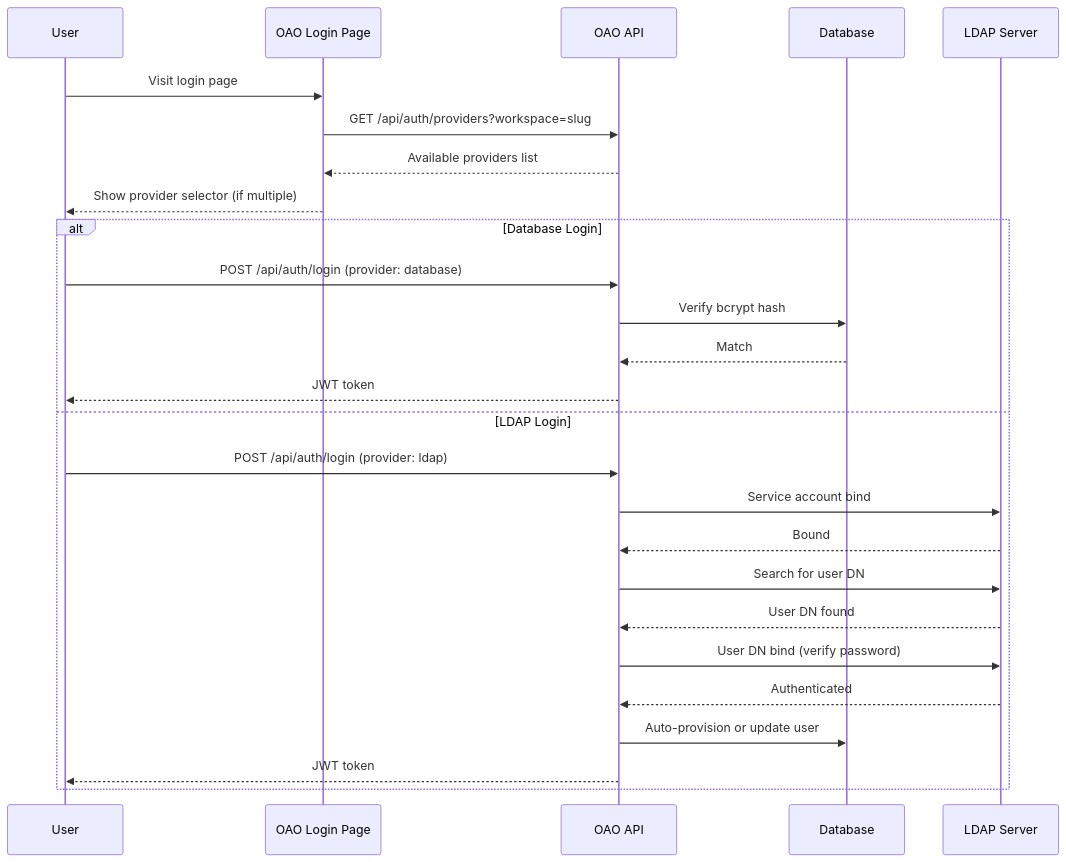
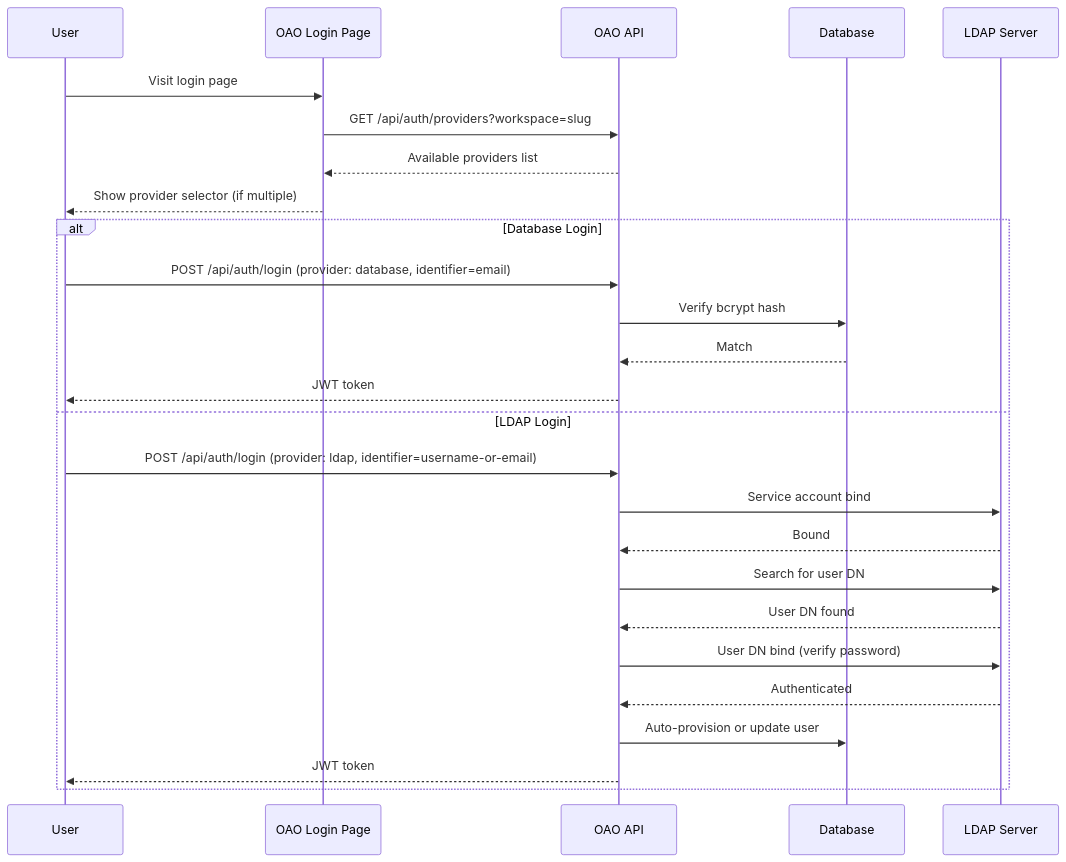
Before and after one commit to thfai2000/github-copilot-agent-orchestra: the diagram in docs/concepts/auth-providers.md, drawn with Mermaid. The commit also changed other lines of this file and 45 other files, not shown here.

````diff
--- a/docs/concepts/auth-providers.md
+++ b/docs/concepts/auth-providers.md
@@ -14,30 +14,30 @@
 ```mermaid
 sequenceDiagram
     participant U as User
     participant UI as OAO Login Page
     participant API as OAO API
     participant DB as Database
     participant LDAP as LDAP Server
 
     U->>UI: Visit login page
     UI->>API: GET /api/auth/providers?workspace=slug
     API-->>UI: Available providers list
     UI-->>U: Show provider selector (if multiple)
 
     alt Database Login
-        U->>API: POST /api/auth/login (provider: database)
+        U->>API: POST /api/auth/login (provider: database, identifier=email)
         API->>DB: Verify bcrypt hash
         DB-->>API: Match
         API-->>U: JWT token
     else LDAP Login
-        U->>API: POST /api/auth/login (provider: ldap)
+        U->>API: POST /api/auth/login (provider: ldap, identifier=username-or-email)
         API->>LDAP: Service account bind
         LDAP-->>API: Bound
         API->>LDAP: Search for user DN
         LDAP-->>API: User DN found
         API->>LDAP: User DN bind (verify password)
         LDAP-->>API: Authenticated
         API->>DB: Auto-provision or update user
         API-->>U: JWT token
     end
 ```
````
